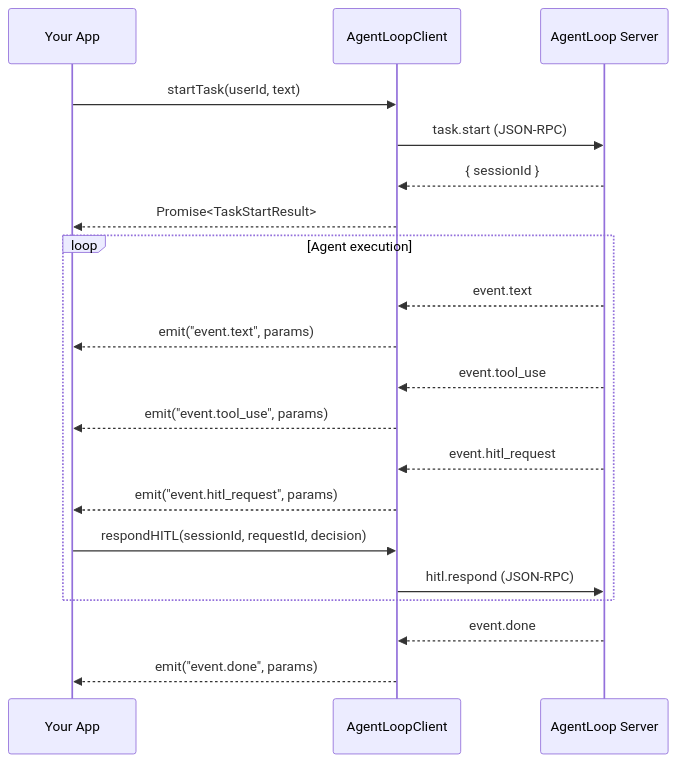
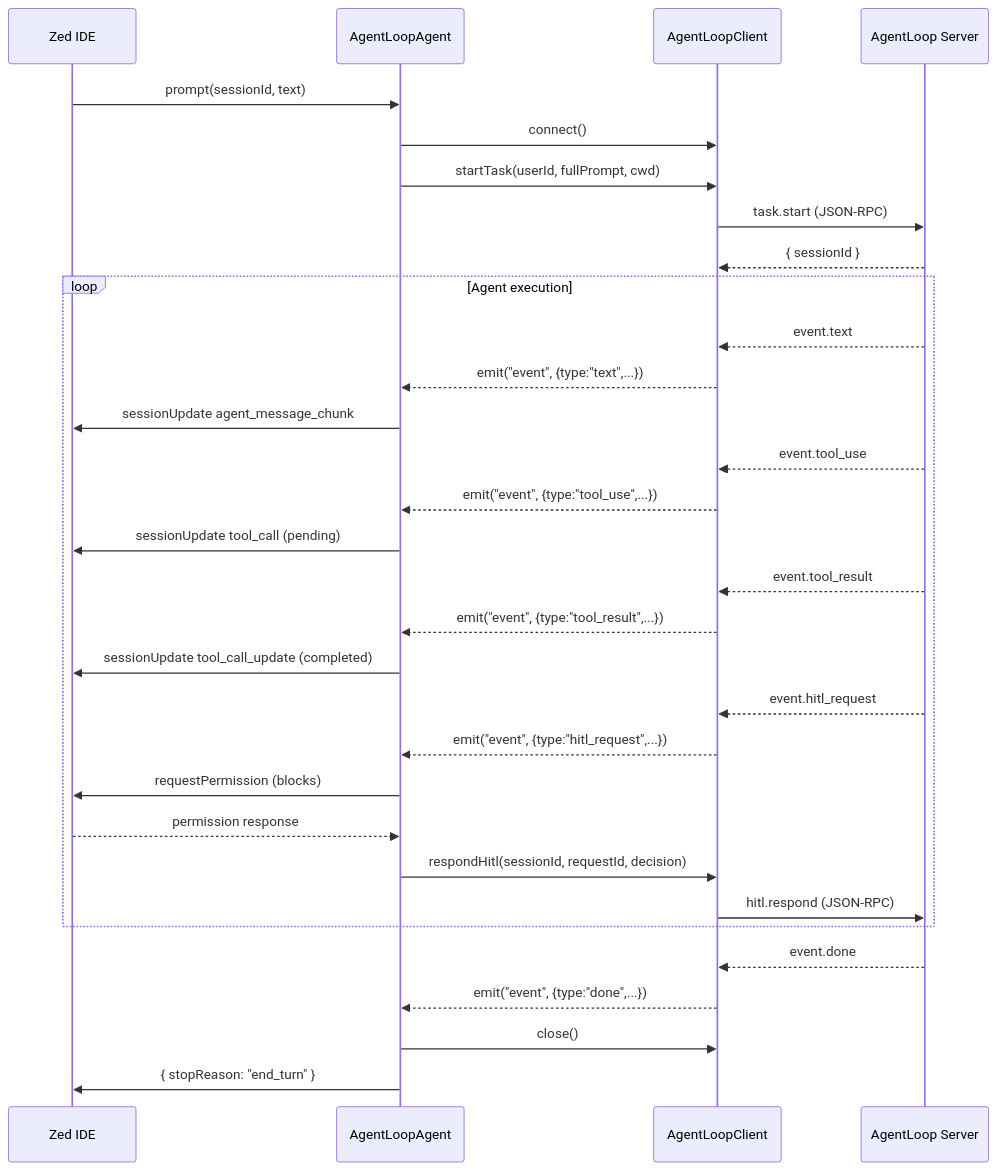
The diagram in src/content/docs/acp-client/event-handling.mdx (MarcoMruz/agentloop-docs), drawn with Mermaid before and after one commit. The commit also changed other lines of this file and 3 other files, not shown here.

````diff
--- a/src/content/docs/acp-client/event-handling.mdx
+++ b/src/content/docs/acp-client/event-handling.mdx
@@ -12,27 +12,39 @@
 ```mermaid
 sequenceDiagram
-    participant App as Your App
+    participant Zed as Zed IDE
+    participant Agent as AgentLoopAgent
     participant Client as AgentLoopClient
     participant Server as AgentLoop Server
 
-    App->>Client: startTask(userId, text)
+    Zed->>Agent: prompt(sessionId, text)
+    Agent->>Client: connect()
+    Agent->>Client: startTask(userId, fullPrompt, cwd)
     Client->>Server: task.start (JSON-RPC)
     Server-->>Client: { sessionId }
-    Client-->>App: Promise<TaskStartResult>
 
     loop Agent execution
         Server-->>Client: event.text
-        Client-->>App: emit("event.text", params)
+        Client-->>Agent: emit("event", {type:"text",...})
+        Agent->>Zed: sessionUpdate agent_message_chunk
 
         Server-->>Client: event.tool_use
-        Client-->>App: emit("event.tool_use", params)
+        Client-->>Agent: emit("event", {type:"tool_use",...})
+        Agent->>Zed: sessionUpdate tool_call (pending)
+
+        Server-->>Client: event.tool_result
+        Client-->>Agent: emit("event", {type:"tool_result",...})
+        Agent->>Zed: sessionUpdate tool_call_update (completed)
 
         Server-->>Client: event.hitl_request
-        Client-->>App: emit("event.hitl_request", params)
-        App->>Client: respondHITL(sessionId, requestId, decision)
+        Client-->>Agent: emit("event", {type:"hitl_request",...})
+        Agent->>Zed: requestPermission (blocks)
+        Zed-->>Agent: permission response
+        Agent->>Client: respondHitl(sessionId, requestId, decision)
         Client->>Server: hitl.respond (JSON-RPC)
     end
 
     Server-->>Client: event.done
-    Client-->>App: emit("event.done", params)
+    Client-->>Agent: emit("event", {type:"done",...})
+    Agent->>Client: close()
+    Agent->>Zed: { stopReason: "end_turn" }
 ```
````
